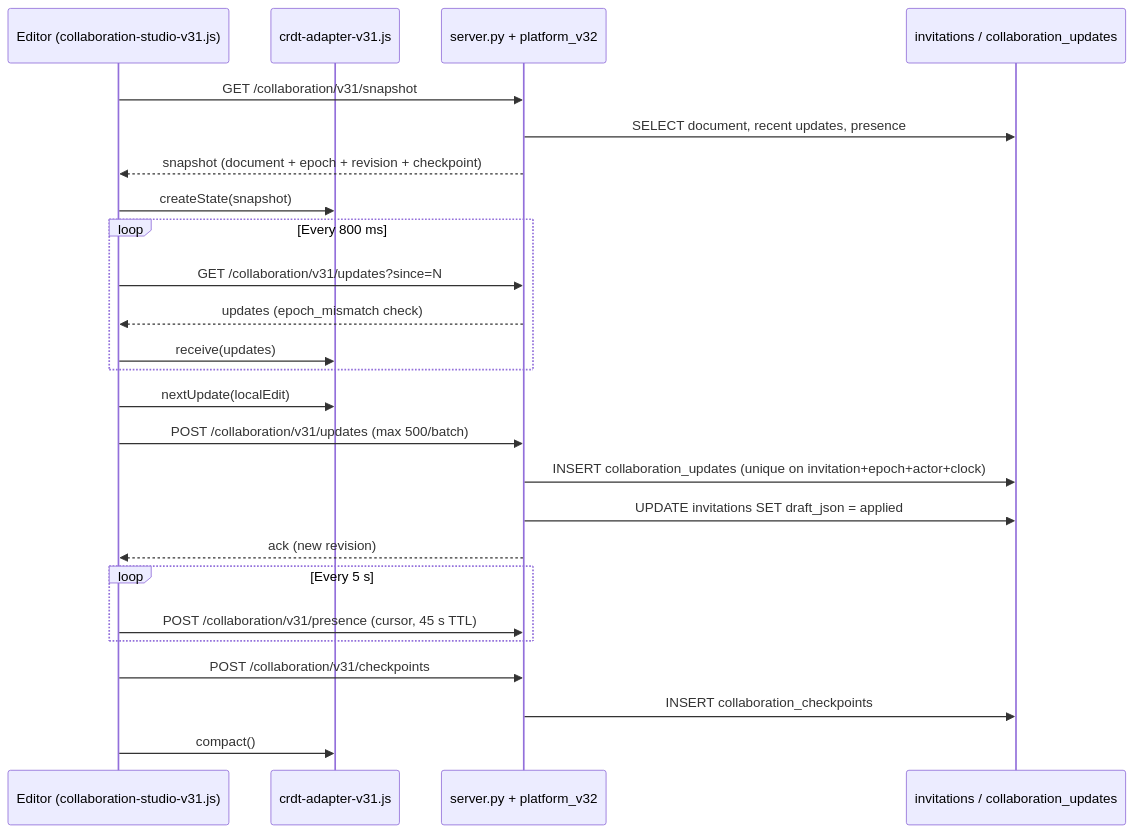
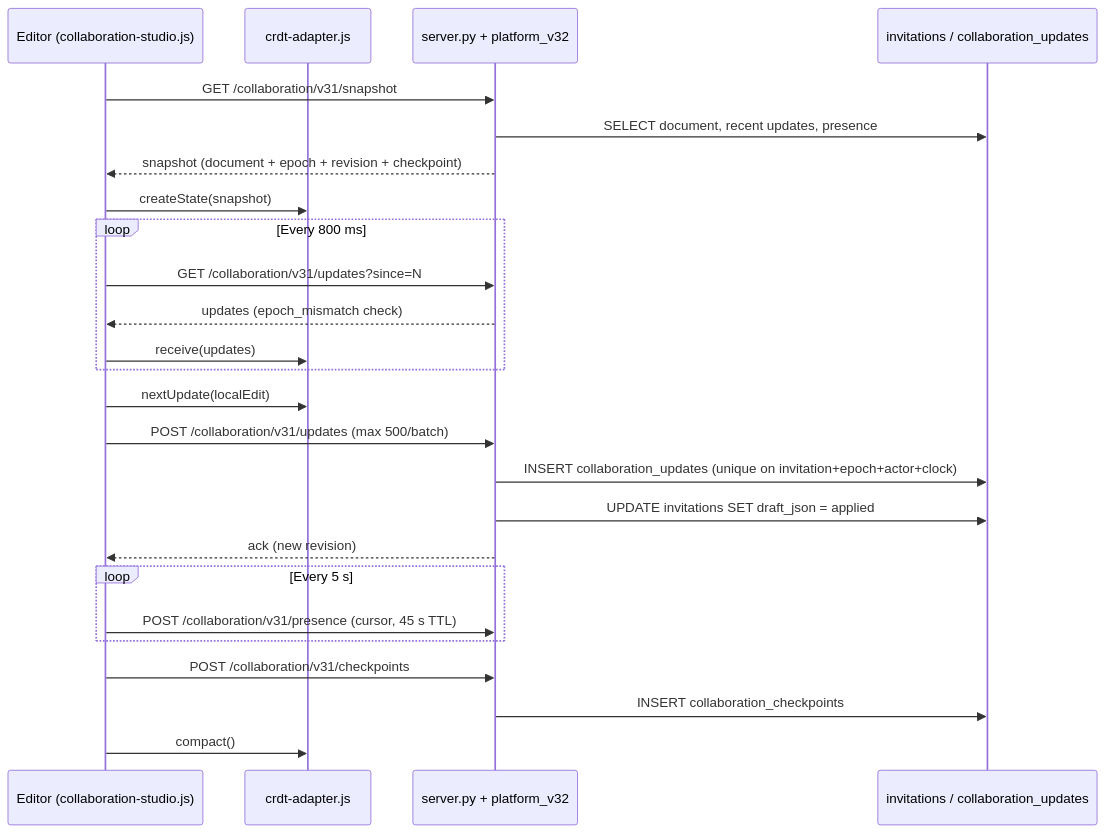
One commit to NgethSereyboth/online-invitation-platform changed the second of 2 diagrams in docs/ARCHITECTURE.md. Above: the diagram before and after it, drawn with Mermaid. The commit also changed other lines of this file and 900 other files, not shown here.

````diff
--- a/docs/ARCHITECTURE.md
+++ b/docs/ARCHITECTURE.md
@@ -299,32 +300,32 @@
 ```mermaid
 sequenceDiagram
-    participant Browser as Editor (collaboration-studio-v31.js)
-    participant CRDT as crdt-adapter-v31.js
+    participant Browser as Editor (collaboration-studio.js)
+    participant CRDT as crdt-adapter.js
     participant Server as server.py + platform_v32
     participant DB as invitations / collaboration_updates
 
     Browser->>Server: GET /collaboration/v31/snapshot
     Server->>DB: SELECT document, recent updates, presence
     Server-->>Browser: snapshot (document + epoch + revision + checkpoint)
     Browser->>CRDT: createState(snapshot)
 
     loop Every 800 ms
         Browser->>Server: GET /collaboration/v31/updates?since=N
         Server-->>Browser: updates (epoch_mismatch check)
         Browser->>CRDT: receive(updates)
     end
 
     Browser->>CRDT: nextUpdate(localEdit)
     Browser->>Server: POST /collaboration/v31/updates (max 500/batch)
     Server->>DB: INSERT collaboration_updates (unique on invitation+epoch+actor+clock)
     Server->>DB: UPDATE invitations SET draft_json = applied
     Server-->>Browser: ack (new revision)
 
     loop Every 5 s
         Browser->>Server: POST /collaboration/v31/presence (cursor, 45 s TTL)
     end
 
     Browser->>Server: POST /collaboration/v31/checkpoints
     Server->>DB: INSERT collaboration_checkpoints
     Browser->>CRDT: compact()
 ```
````
